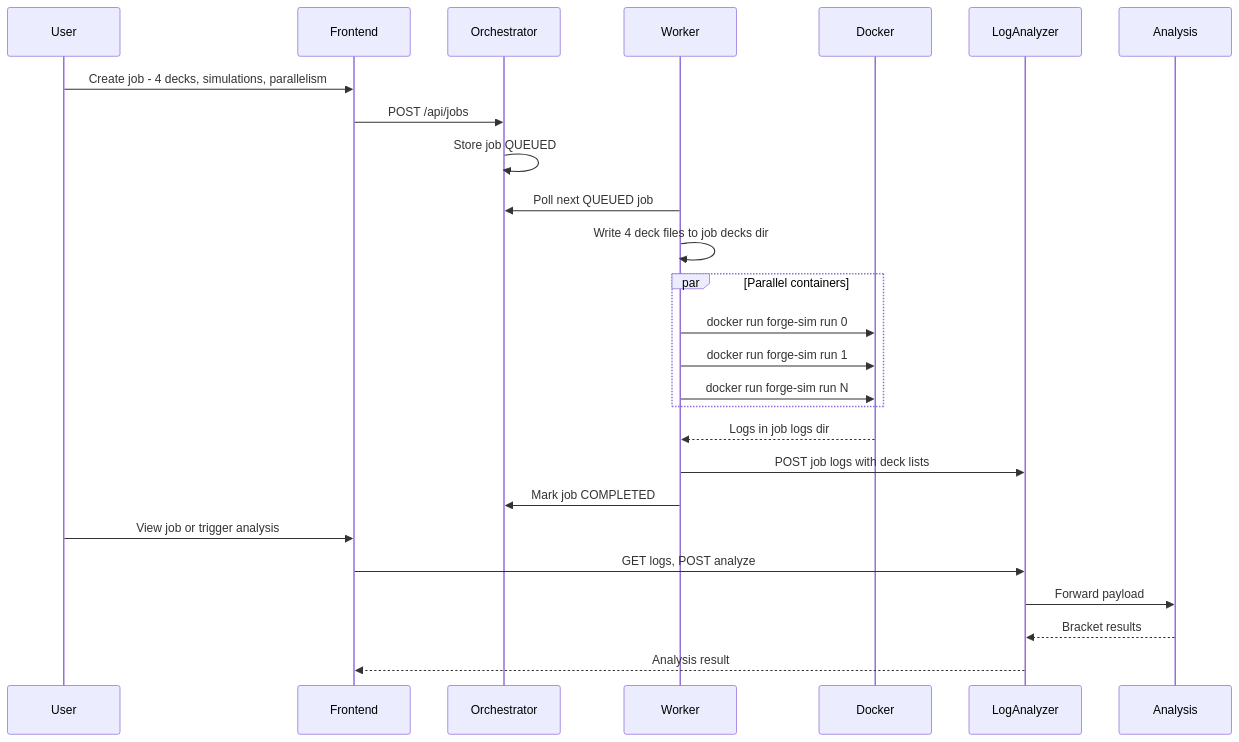
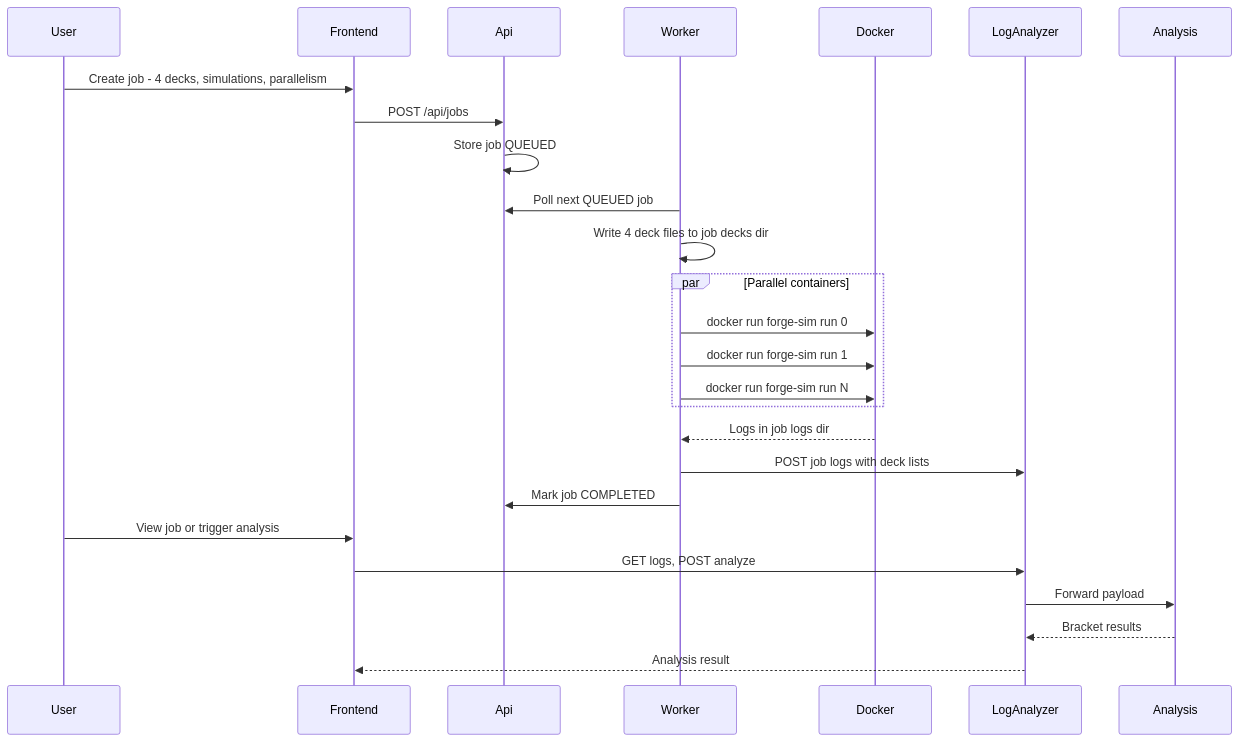
Before and after one commit to TytaniumDev/MagicBracketSimulator: the fourth of 6 diagrams in docs/ARCHITECTURE.md, drawn with Mermaid. The commit also changed other lines of this file and 26 other files, not shown here.

````diff
--- a/docs/ARCHITECTURE.md
+++ b/docs/ARCHITECTURE.md
@@ -172,31 +172,31 @@
 ```mermaid
 sequenceDiagram
     participant User
     participant Frontend
-    participant Orchestrator
+    participant Api
     participant Worker
     participant Docker
     participant LogAnalyzer
     participant Analysis
 
     User->>Frontend: Create job - 4 decks, simulations, parallelism
-    Frontend->>Orchestrator: POST /api/jobs
-    Orchestrator->>Orchestrator: Store job QUEUED
+    Frontend->>Api: POST /api/jobs
+    Api->>Api: Store job QUEUED
 
-    Worker->>Orchestrator: Poll next QUEUED job
+    Worker->>Api: Poll next QUEUED job
     Worker->>Worker: Write 4 deck files to job decks dir
     par Parallel containers
         Worker->>Docker: docker run forge-sim run 0
         Worker->>Docker: docker run forge-sim run 1
         Worker->>Docker: docker run forge-sim run N
     end
     Docker-->>Worker: Logs in job logs dir
     Worker->>LogAnalyzer: POST job logs with deck lists
-    Worker->>Orchestrator: Mark job COMPLETED
+    Worker->>Api: Mark job COMPLETED
 
     User->>Frontend: View job or trigger analysis
     Frontend->>LogAnalyzer: GET logs, POST analyze
     LogAnalyzer->>Analysis: Forward payload
     Analysis-->>LogAnalyzer: Bracket results
     LogAnalyzer-->>Frontend: Analysis result
 ```
````
